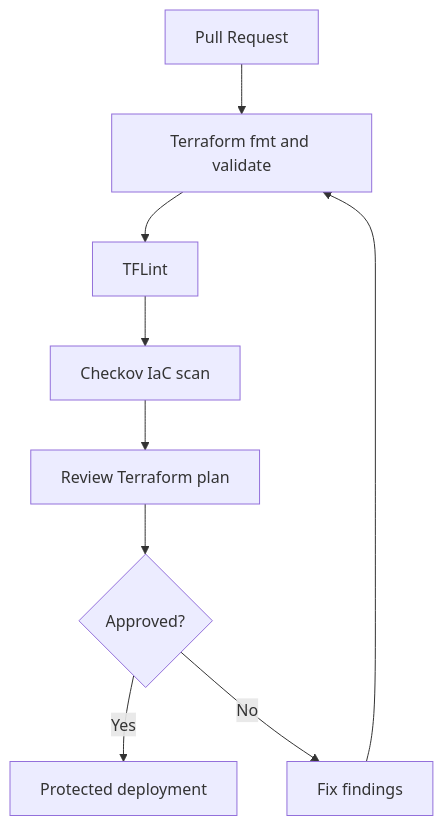
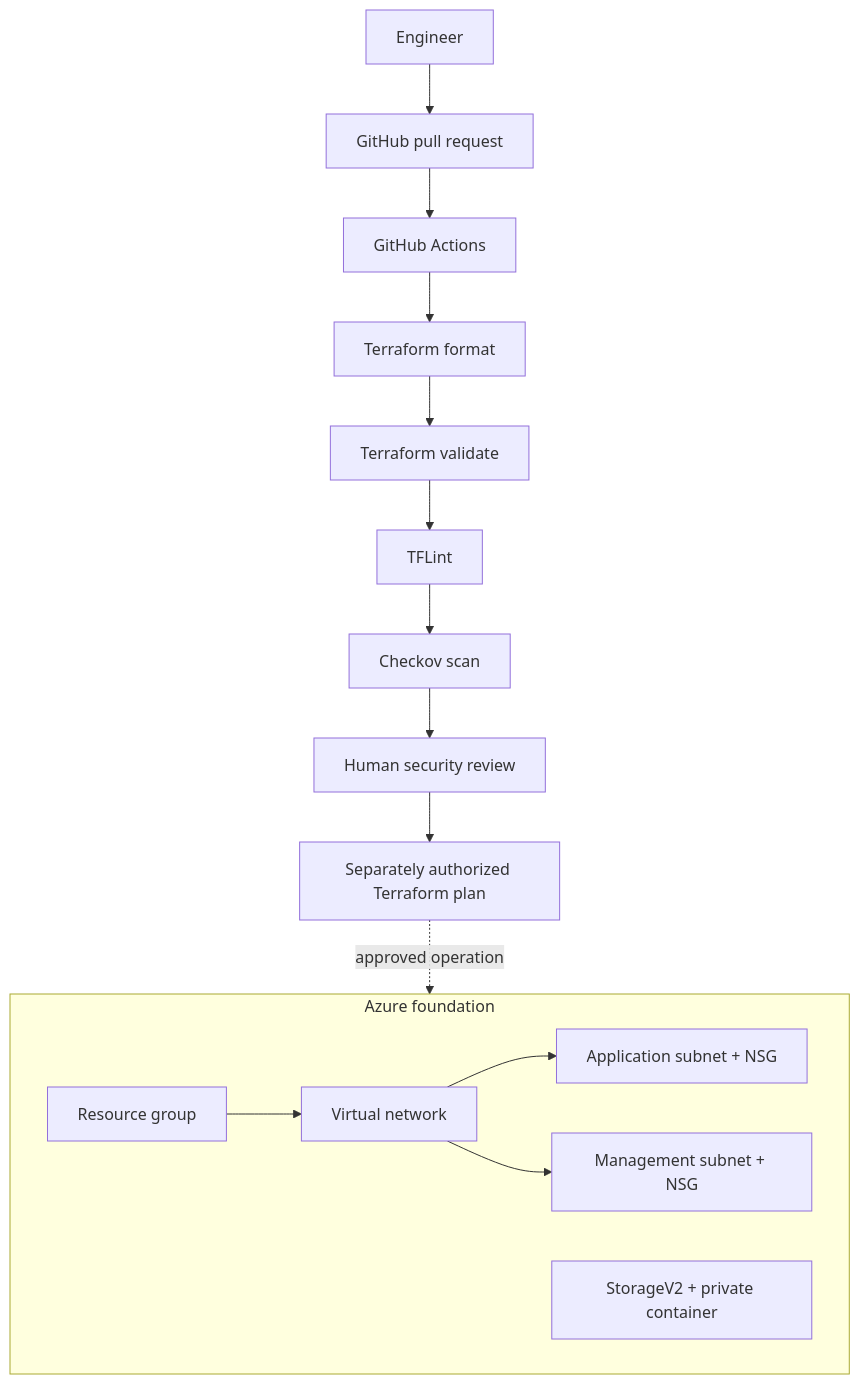
Before and after one commit to haqueamir70-coder/azure-devsecops-platform: the diagram in README.md, drawn with Mermaid. The commit also changed other lines of this file, not shown here.

````diff
--- a/README.md
+++ b/README.md
@@ -17,11 +27,22 @@
 ```mermaid
-flowchart TD
-  A[Pull Request] --> B[Terraform fmt and validate]
-  B --> C[TFLint]
-  C --> D[Checkov IaC scan]
-  D --> E[Review Terraform plan]
-  E --> F{Approved?}
-  F -- Yes --> G[Protected deployment]
-  F -- No --> H[Fix findings]
-  H --> B
+flowchart TB
+  Engineer[Engineer] --> Git[GitHub pull request]
+  Git --> Actions[GitHub Actions]
+  Actions --> Fmt[Terraform format]
+  Fmt --> Validate[Terraform validate]
+  Validate --> Lint[TFLint]
+  Lint --> Scan[Checkov scan]
+  Scan --> Review[Human security review]
+  Review --> Plan[Separately authorized Terraform plan]
+  subgraph Azure[Azure foundation]
+    RG[Resource group]
+    VNet[Virtual network]
+    App[Application subnet + NSG]
+    Mgmt[Management subnet + NSG]
+    Storage[StorageV2 + private container]
+    RG --> VNet
+    VNet --> App
+    VNet --> Mgmt
+  end
+  Plan -. approved operation .-> Azure
 ```
````
